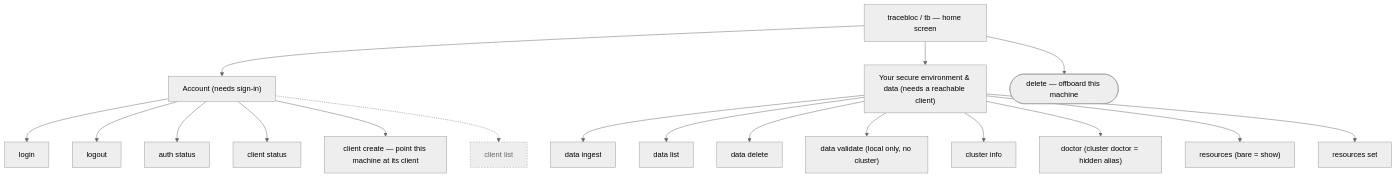
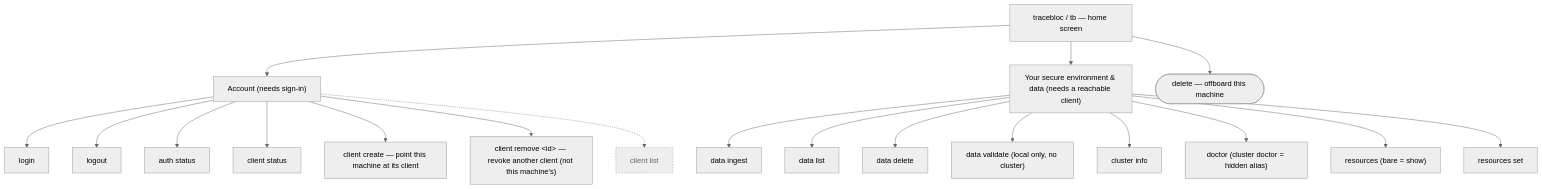
The first of 4 diagrams in docs/cli-navigation.md (tracebloc/cli), drawn with Mermaid (neutral theme) before and after one commit. The commit also changed 1 other file, not shown here.

Commit message:
Publish v0.10.101

````diff
--- a/docs/cli-navigation.md
+++ b/docs/cli-navigation.md
@@ -13,26 +13,27 @@
 ```mermaid
 flowchart TD
   H0["tracebloc / tb — home screen"]
 
   H0 --> ACCT["Account (needs sign-in)"]
   H0 --> ENVC["Your secure environment &amp; data (needs a reachable client)"]
   H0 --> OFF(["delete — offboard this machine"])
 
   ACCT --> login["login"]
   ACCT --> logout["logout"]
   ACCT --> authst["auth status"]
   ACCT --> clis["client status"]
   ACCT --> clcreate["client create — point this machine at its client"]
+  ACCT --> clremove["client remove &lt;id&gt; — revoke another client (not this machine's)"]
   ACCT -.-> cllist["client list"]:::hidden
 
   ENVC --> di["data ingest"]
   ENVC --> dl["data list"]
   ENVC --> dd["data delete"]
   ENVC --> dv["data validate (local only, no cluster)"]
   ENVC --> ci["cluster info"]
   ENVC --> doc["doctor (cluster doctor = hidden alias)"]
   ENVC --> res["resources (bare = show)"]
   ENVC --> resset["resources set"]
 
   classDef hidden fill:#eee,stroke:#999,stroke-dasharray:3 3,color:#666;
 ```
````
